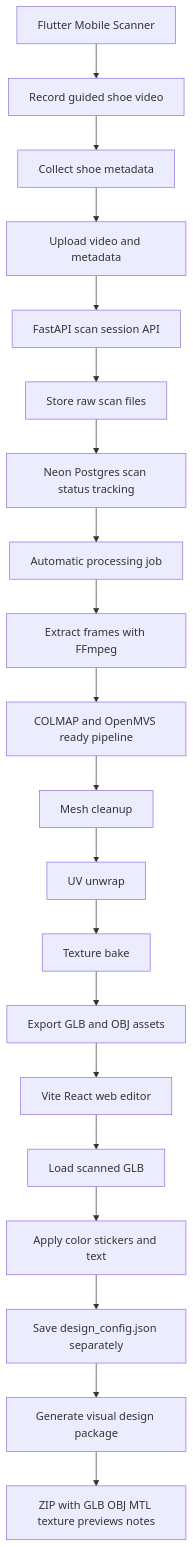
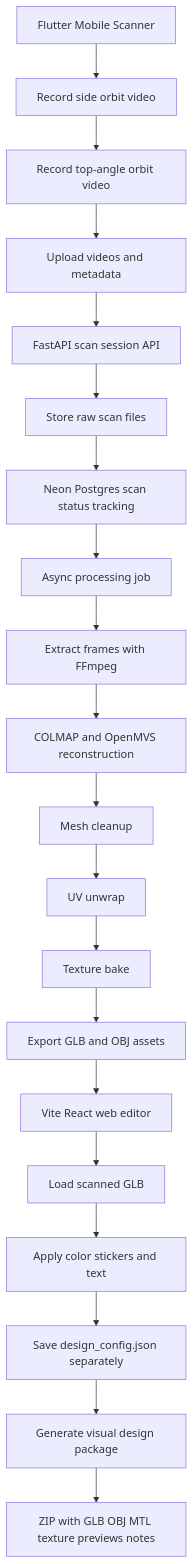
The fifth of 12 diagrams in docs/implementation-flows.md (kiet-ta/ar-ai-exe), drawn with Mermaid before and after one commit. The commit also changed other lines of this file and 170 other files, not shown here.

Commit message:
feat: implement shoe video reconstruction MVP

````diff
--- a/docs/implementation-flows.md
+++ b/docs/implementation-flows.md
@@ -82,22 +82,22 @@
 ```mermaid
 flowchart TD
-    A["Flutter Mobile Scanner"] --> B["Record guided shoe video"]
-    B --> C["Collect shoe metadata"]
-    C --> D["Upload video and metadata"]
+    A["Flutter Mobile Scanner"] --> B["Record side orbit video"]
+    B --> C["Record top-angle orbit video"]
+    C --> D["Upload videos and metadata"]
     D --> E["FastAPI scan session API"]
     E --> F["Store raw scan files"]
     F --> G["Neon Postgres scan status tracking"]
-    G --> H["Automatic processing job"]
+    G --> H["Async processing job"]
     H --> I["Extract frames with FFmpeg"]
-    I --> J["COLMAP and OpenMVS ready pipeline"]
+    I --> J["COLMAP and OpenMVS reconstruction"]
     J --> K["Mesh cleanup"]
     K --> L["UV unwrap"]
     L --> M["Texture bake"]
     M --> N["Export GLB and OBJ assets"]
     N --> O["Vite React web editor"]
     O --> P["Load scanned GLB"]
     P --> Q["Apply color stickers and text"]
     Q --> R["Save design_config.json separately"]
     R --> S["Generate visual design package"]
     S --> T["ZIP with GLB OBJ MTL texture previews notes"]
 ```
````
